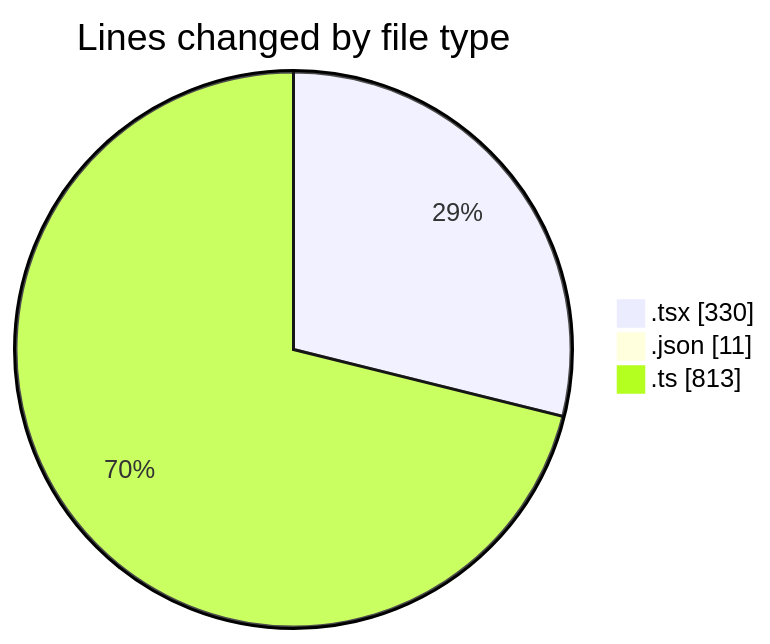
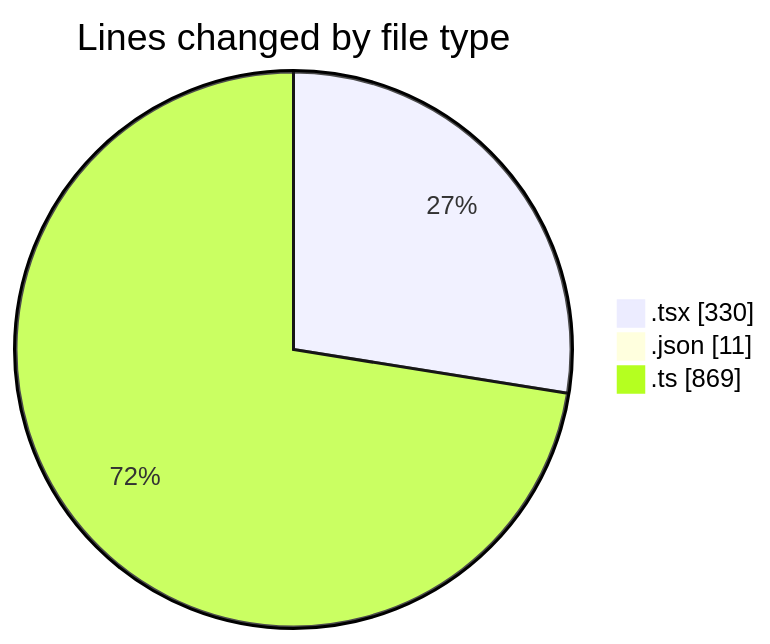
Before and after one commit to momahboobian/code-tracking: the first of 2 diagrams in 2025-05-12/cda/README.md, drawn with Mermaid. The commit also changed other lines of this file and 1 other file, not shown here.

````diff
--- a/2025-05-12/cda/README.md
+++ b/2025-05-12/cda/README.md
@@ -31,7 +31,7 @@
 ```mermaid
 pie showData
 title Lines changed by file type
 ".tsx" : 330
 ".json" : 11
-".ts" : 813
+".ts" : 869
 ```
````
